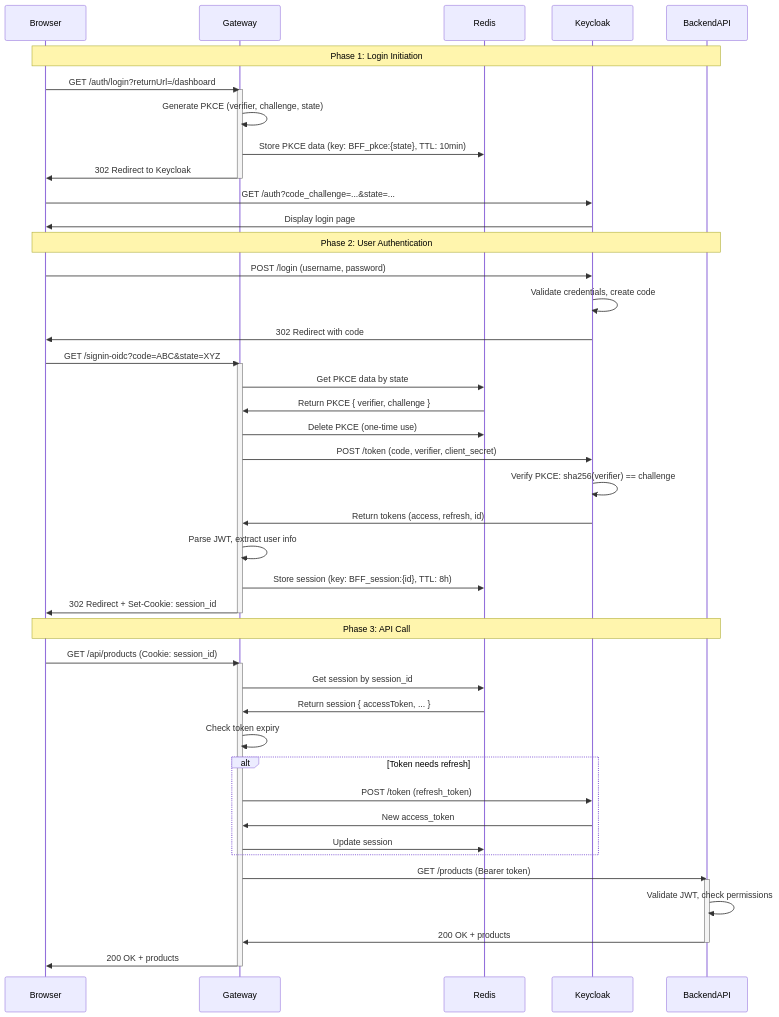
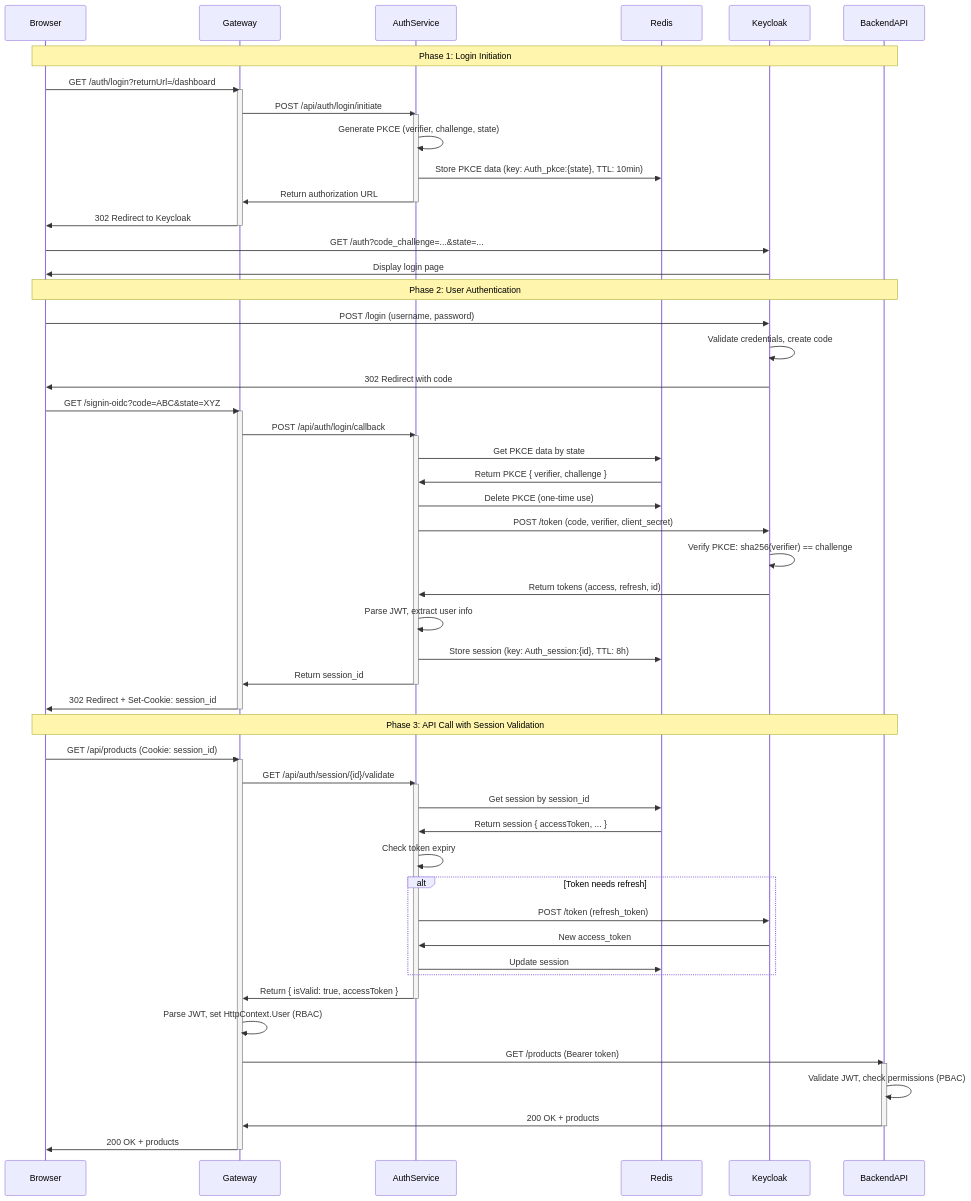
One commit to hakoru1a/code-base changed the diagram in docs/auth/bff-architecture-flow.md. Above: the diagram before and after it, drawn with Mermaid. The commit also changed other lines of this file and 37 other files, not shown here.

````diff
--- a/docs/auth/bff-architecture-flow.md
+++ b/docs/auth/bff-architecture-flow.md
@@ -342,63 +409,77 @@
 ```mermaid
 sequenceDiagram
     participant Browser
     participant Gateway
+    participant AuthService
     participant Redis
     participant Keycloak
     participant BackendAPI
 
     Note over Browser,BackendAPI: Phase 1: Login Initiation
     
     Browser->>Gateway: GET /auth/login?returnUrl=/dashboard
     activate Gateway
-    Gateway->>Gateway: Generate PKCE (verifier, challenge, state)
-    Gateway->>Redis: Store PKCE data (key: BFF_pkce:{state}, TTL: 10min)
+    Gateway->>AuthService: POST /api/auth/login/initiate
+    activate AuthService
+    AuthService->>AuthService: Generate PKCE (verifier, challenge, state)
+    AuthService->>Redis: Store PKCE data (key: Auth_pkce:{state}, TTL: 10min)
+    AuthService->>Gateway: Return authorization URL
+    deactivate AuthService
     Gateway->>Browser: 302 Redirect to Keycloak
     deactivate Gateway
     
     Browser->>Keycloak: GET /auth?code_challenge=...&state=...
     Keycloak->>Browser: Display login page
     
     Note over Browser,BackendAPI: Phase 2: User Authentication
     
     Browser->>Keycloak: POST /login (username, password)
     Keycloak->>Keycloak: Validate credentials, create code
     Keycloak->>Browser: 302 Redirect with code
     
     Browser->>Gateway: GET /signin-oidc?code=ABC&state=XYZ
     activate Gateway
-    Gateway->>Redis: Get PKCE data by state
-    Redis->>Gateway: Return PKCE { verifier, challenge }
-    Gateway->>Redis: Delete PKCE (one-time use)
+    Gateway->>AuthService: POST /api/auth/login/callback
+    activate AuthService
+    AuthService->>Redis: Get PKCE data by state
+    Redis->>AuthService: Return PKCE { verifier, challenge }
+    AuthService->>Redis: Delete PKCE (one-time use)
     
-    Gateway->>Keycloak: POST /token (code, verifier, client_secret)
+    AuthService->>Keycloak: POST /token (code, verifier, client_secret)
     Keycloak->>Keycloak: Verify PKCE: sha256(verifier) == challenge
-    Keycloak->>Gateway: Return tokens (access, refresh, id)
+    Keycloak->>AuthService: Return tokens (access, refresh, id)
     
-    Gateway->>Gateway: Parse JWT, extract user info
-    Gateway->>Redis: Store session (key: BFF_session:{id}, TTL: 8h)
+    AuthService->>AuthService: Parse JWT, extract user info
+    AuthService->>Redis: Store session (key: Auth_session:{id}, TTL: 8h)
+    AuthService->>Gateway: Return session_id
+    deactivate AuthService
     Gateway->>Browser: 302 Redirect + Set-Cookie: session_id
     deactivate Gateway
     
-    Note over Browser,BackendAPI: Phase 3: API Call
+    Note over Browser,BackendAPI: Phase 3: API Call with Session Validation
     
     Browser->>Gateway: GET /api/products (Cookie: session_id)
     activate Gateway
-    Gateway->>Redis: Get session by session_id
-    Redis->>Gateway: Return session { accessToken, ... }
-    Gateway->>Gateway: Check token expiry
+    Gateway->>AuthService: GET /api/auth/session/{id}/validate
+    activate AuthService
+    AuthService->>Redis: Get session by session_id
+    Redis->>AuthService: Return session { accessToken, ... }
+    AuthService->>AuthService: Check token expiry
     
     alt Token needs refresh
-        Gateway->>Keycloak: POST /token (refresh_token)
-        Keycloak->>Gateway: New access_token
-        Gateway->>Redis: Update session
+        AuthService->>Keycloak: POST /token (refresh_token)
+        Keycloak->>AuthService: New access_token
+        AuthService->>Redis: Update session
     end
     
+    AuthService->>Gateway: Return { isValid: true, accessToken }
+    deactivate AuthService
+    Gateway->>Gateway: Parse JWT, set HttpContext.User (RBAC)
     Gateway->>BackendAPI: GET /products (Bearer token)
     activate BackendAPI
-    BackendAPI->>BackendAPI: Validate JWT, check permissions
+    BackendAPI->>BackendAPI: Validate JWT, check permissions (PBAC)
     BackendAPI->>Gateway: 200 OK + products
     deactivate BackendAPI
     Gateway->>Browser: 200 OK + products
     deactivate Gateway
 ```
````
